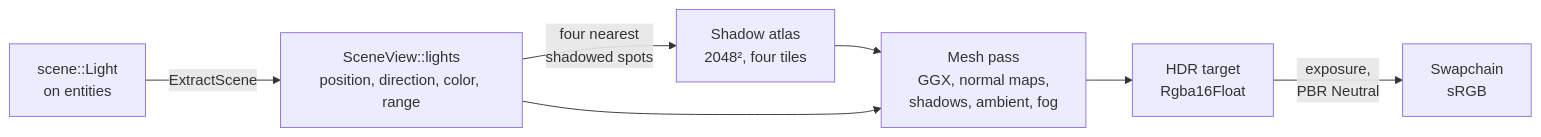
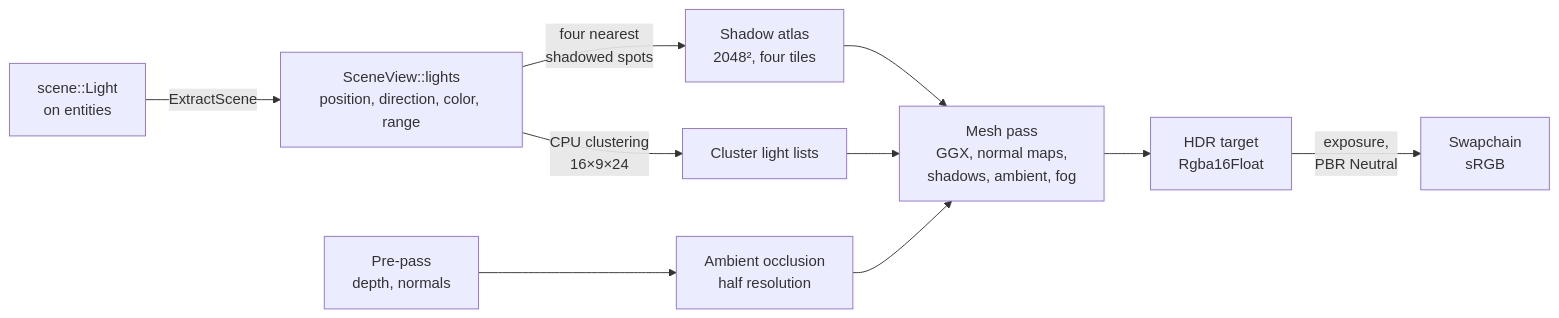
One commit to SBXdev3D/daidalos-engine-next changed the eighth of 8 diagrams in docs/ARCHITECTURE.md. Above: the diagram before and after it, drawn with Mermaid. The commit also changed other lines of this file and 8 other files, not shown here.

First line of the commit message:
Document clustering, the pre-pass and ambient occlusion

````diff
--- a/docs/ARCHITECTURE.md
+++ b/docs/ARCHITECTURE.md
@@ -168,9 +170,12 @@
 ```mermaid
 flowchart LR
     E["scene::Light<br/>on entities"] -->|"ExtractScene"| L["SceneView::lights<br/>position, direction, color, range"]
     L -->|"four nearest<br/>shadowed spots"| SM["Shadow atlas<br/>2048², four tiles"]
     SM --> M
-    L --> M["Mesh pass<br/>GGX, normal maps,<br/>shadows, ambient, fog"]
+    L -->|"CPU clustering<br/>16×9×24"| CL["Cluster light lists"]
+    CL --> M["Mesh pass<br/>GGX, normal maps,<br/>shadows, ambient, fog"]
+    P["Pre-pass<br/>depth, normals"] --> AO["Ambient occlusion<br/>half resolution"]
+    AO --> M
     M --> H["HDR target<br/>Rgba16Float"]
     H -->|"exposure,<br/>PBR Neutral"| S["Swapchain<br/>sRGB"]
 ```
````
